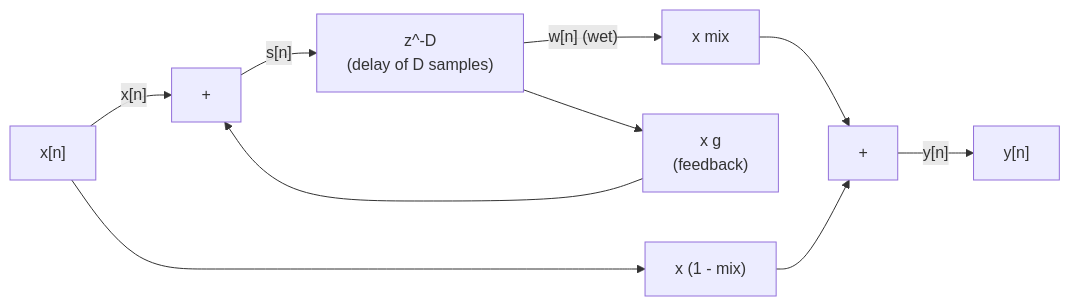
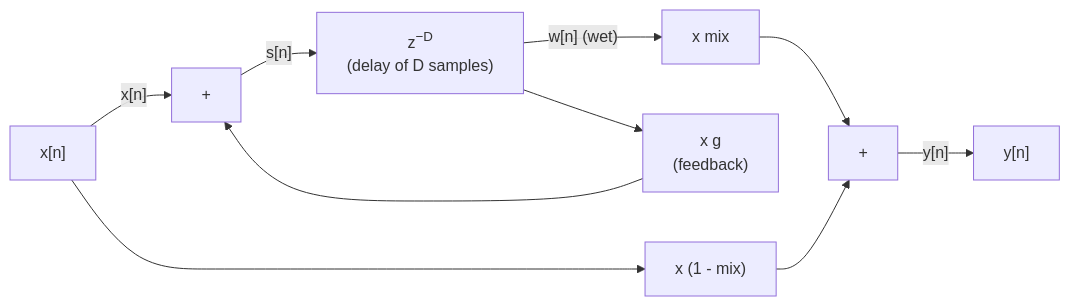
Before and after one commit to TomHsieh300/DAW-for-fun: the first of 4 diagrams in lessons/09-delay/README.md, drawn with Mermaid. The commit also changed other lines of this file and 19 other files, not shown here.

First line of the commit message:
lessons: typeset subscripts and superscripts in Mermaid labels

````diff
--- a/lessons/09-delay/README.md
+++ b/lessons/09-delay/README.md
@@ -260,12 +260,12 @@
 ```mermaid
 flowchart LR
     X["x[n]"] -->|"x[n]"| ADD["#43;"]
-    ADD -->|"s[n]"| DL["z^-D<br/>(delay of D samples)"]
+    ADD -->|"s[n]"| DL["z<sup>−D</sup><br/>(delay of D samples)"]
     DL -->|"w[n] (wet)"| MX["x mix"]
     DL --> FB["x g<br/>(feedback)"]
     FB --> ADD
     X --> DRY["x (1 - mix)"]
     DRY --> SUM["#43;"]
     MX --> SUM
     SUM -->|"y[n]"| Y["y[n]"]
 ```
````
